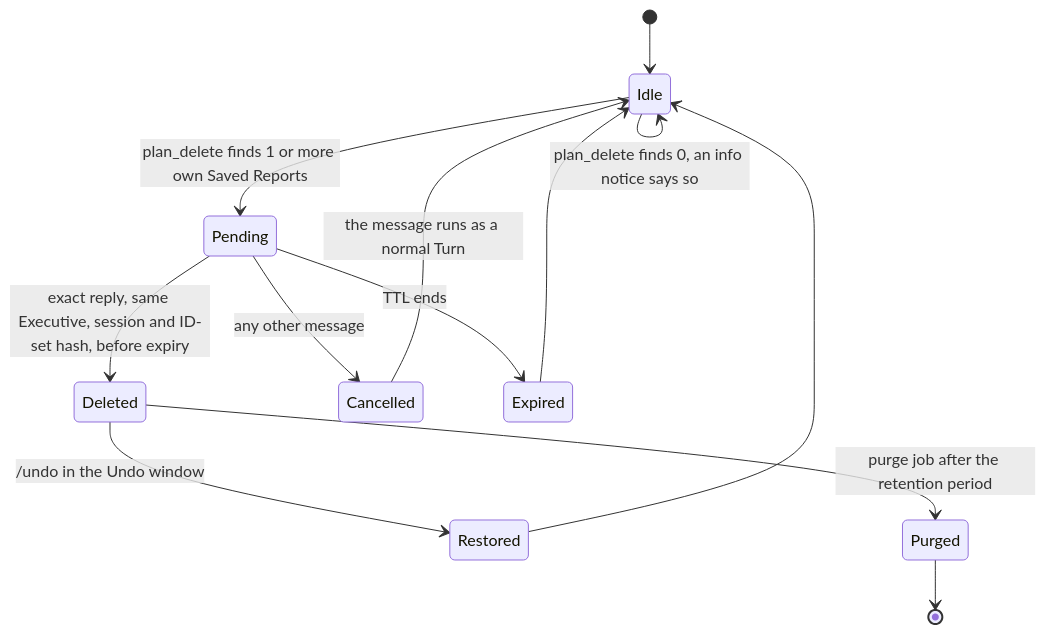
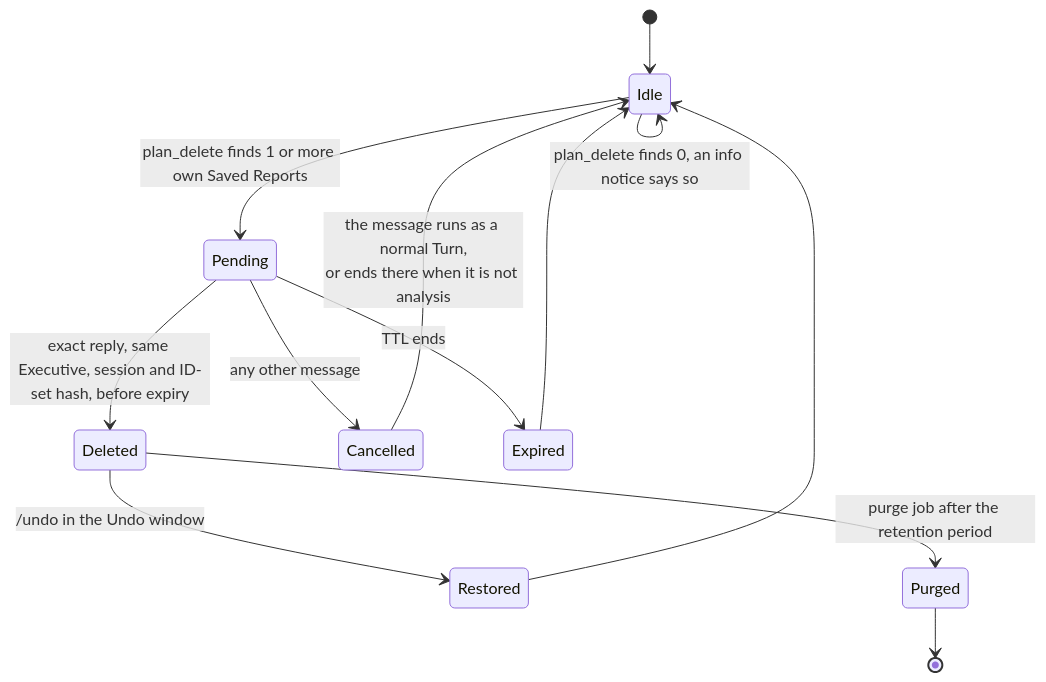
One commit to modvala/data-chat-assistant changed diagram 15 of 31 in docs/design/hld.md. Above: the diagram before and after it, drawn with Mermaid. The commit also changed other lines of this file and 10 other files, not shown here.

````diff
--- a/docs/design/hld.md
+++ b/docs/design/hld.md
@@ -770,15 +770,15 @@
 ```mermaid
 stateDiagram-v2
     [*] --> Idle
     Idle --> Pending: plan_delete finds 1 or more own Saved Reports
     Idle --> Idle: plan_delete finds 0, an info notice says so
     Pending --> Deleted: exact reply, same Executive, session and ID-set hash, before expiry
     Pending --> Cancelled: any other message
     Pending --> Expired: TTL ends
-    Cancelled --> Idle: the message runs as a normal Turn
+    Cancelled --> Idle: the message runs as a normal Turn,<br/>or ends there when it is not analysis
     Expired --> Idle
     Deleted --> Restored: /undo in the Undo window
     Deleted --> Purged: purge job after the retention period
     Restored --> Idle
     Purged --> [*]
 ```
````
